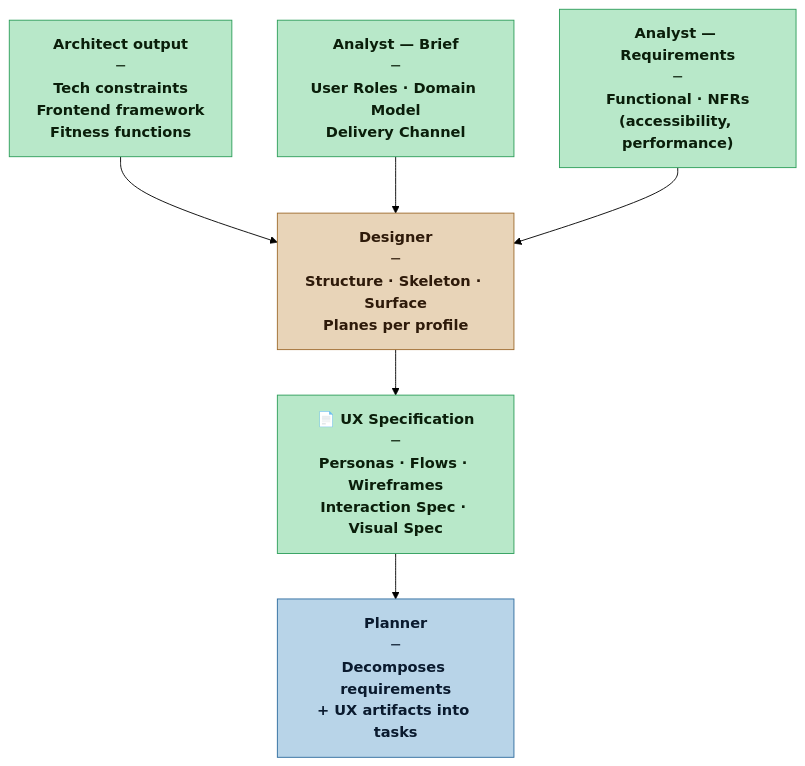
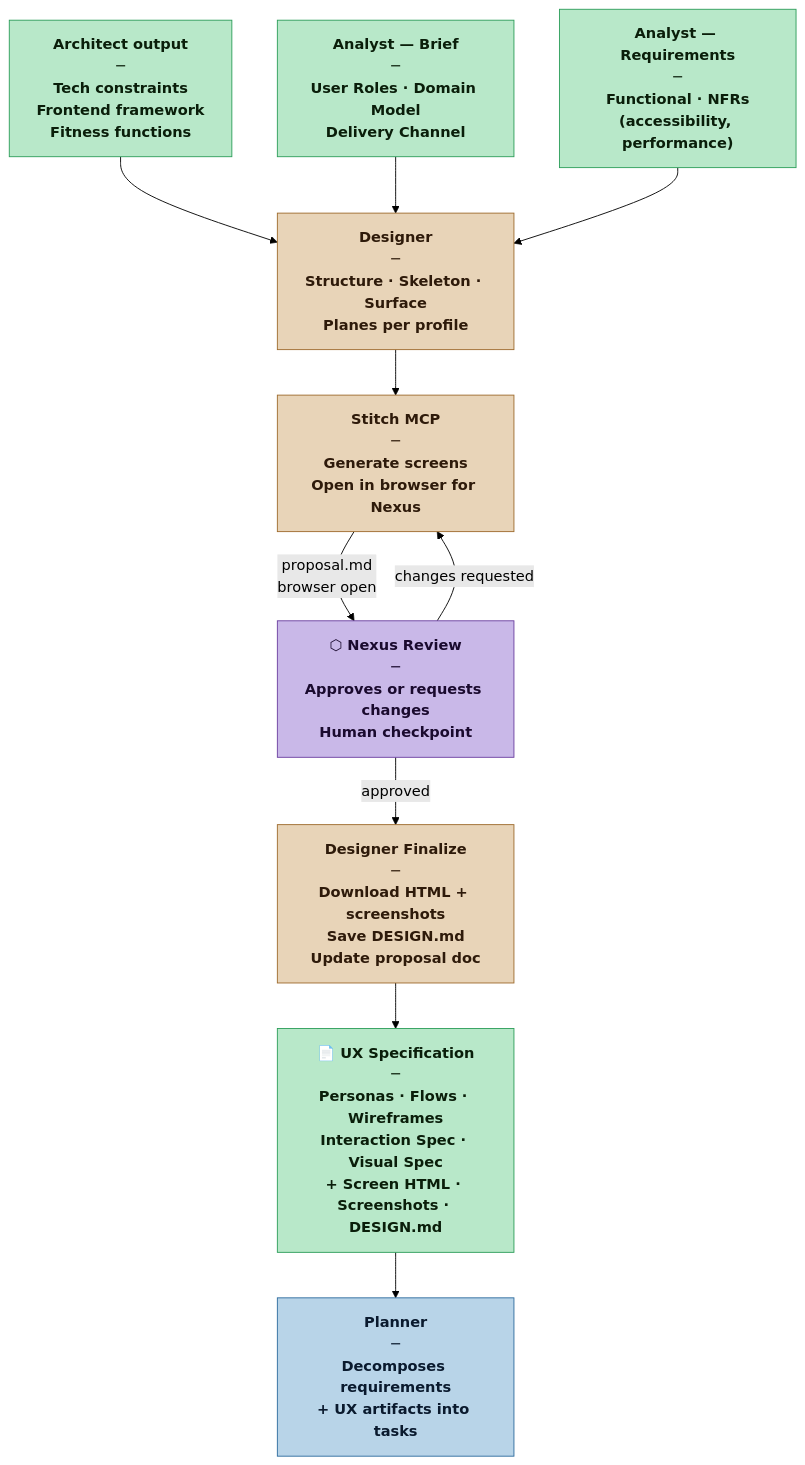
The diagram in agents/designer.md (loskylp/Nexus-SDLC), drawn with Mermaid (forest theme) before and after one commit. The commit also changed other lines of this file and 27 other files, not shown here.

````diff
--- a/agents/designer.md
+++ b/agents/designer.md
@@ -49,21 +49,28 @@
 ```mermaid
 flowchart TD
     classDef nexus    fill:#c9b8e8,stroke:#6b3fa0,color:#1a0a2e,font-weight:bold
     classDef self     fill:#e8d4b8,stroke:#9e6b2d,color:#2e1a0a,font-weight:bold
     classDef artifact fill:#b8e8c9,stroke:#2d9e5a,color:#0a1e0a,font-weight:bold
     classDef agent    fill:#b8d4e8,stroke:#2d6b9e,color:#0a1a2e,font-weight:bold
     classDef gate     fill:#e8d4b8,stroke:#9e6b2d,color:#2e1a0a,font-weight:bold
 
     AR["Architect output<br/>─<br/>Tech constraints<br/>Frontend framework<br/>Fitness functions"]:::artifact
     BR["Analyst — Brief<br/>─<br/>User Roles · Domain Model<br/>Delivery Channel"]:::artifact
     RQ["Analyst — Requirements<br/>─<br/>Functional · NFRs<br/>(accessibility, performance)"]:::artifact
     DE["Designer<br/>─<br/>Structure · Skeleton · Surface<br/>Planes per profile"]:::self
-    UX["📄 UX Specification<br/>─<br/>Personas · Flows · Wireframes<br/>Interaction Spec · Visual Spec"]:::artifact
+    ST["Stitch MCP<br/>─<br/>Generate screens<br/>Open in browser for Nexus"]:::self
+    NX["⬡ Nexus Review<br/>─<br/>Approves or requests changes<br/>Human checkpoint"]:::nexus
+    FN["Designer Finalize<br/>─<br/>Download HTML + screenshots<br/>Save DESIGN.md<br/>Update proposal doc"]:::self
+    UX["📄 UX Specification<br/>─<br/>Personas · Flows · Wireframes<br/>Interaction Spec · Visual Spec<br/>+ Screen HTML · Screenshots · DESIGN.md"]:::artifact
     PL["Planner<br/>─<br/>Decomposes requirements<br/>+ UX artifacts into tasks"]:::agent
 
     AR --> DE
     BR --> DE
     RQ --> DE
-    DE --> UX
+    DE --> ST
+    ST -->|"proposal.md<br/>browser open"| NX
+    NX -->|"changes requested"| ST
+    NX -->|"approved"| FN
+    FN --> UX
     UX --> PL
 ```
````
